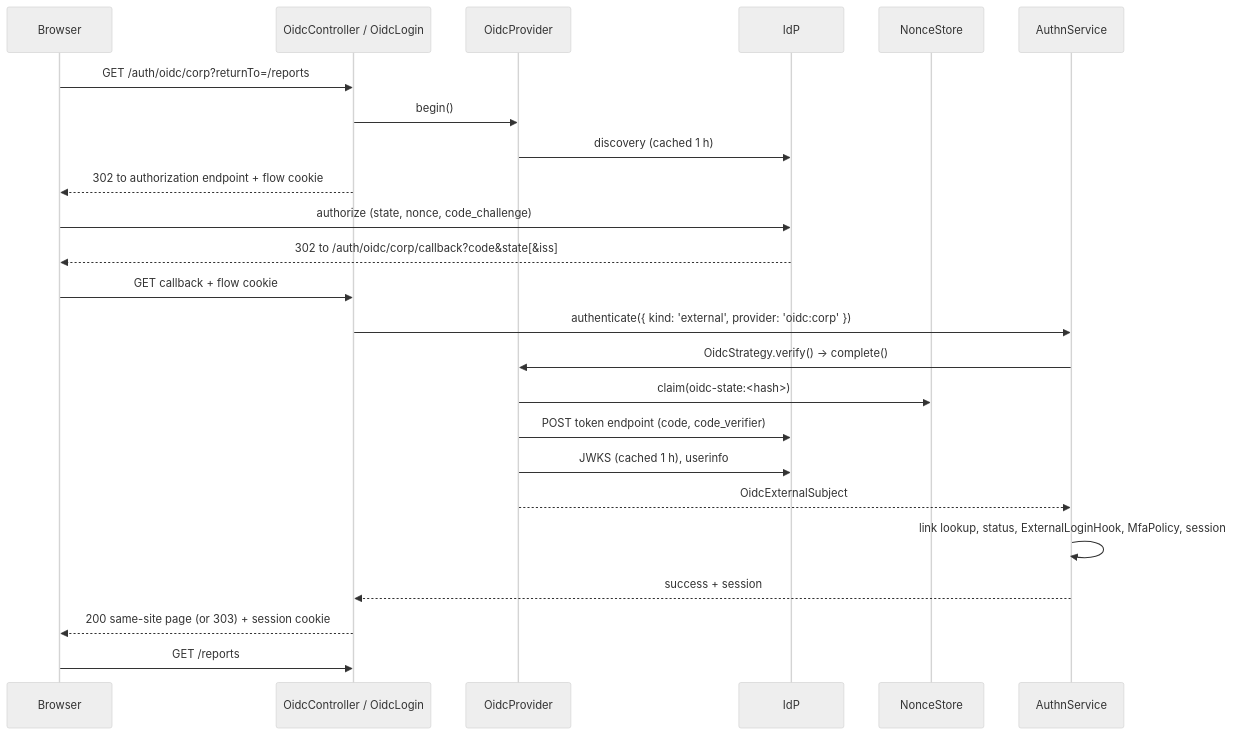
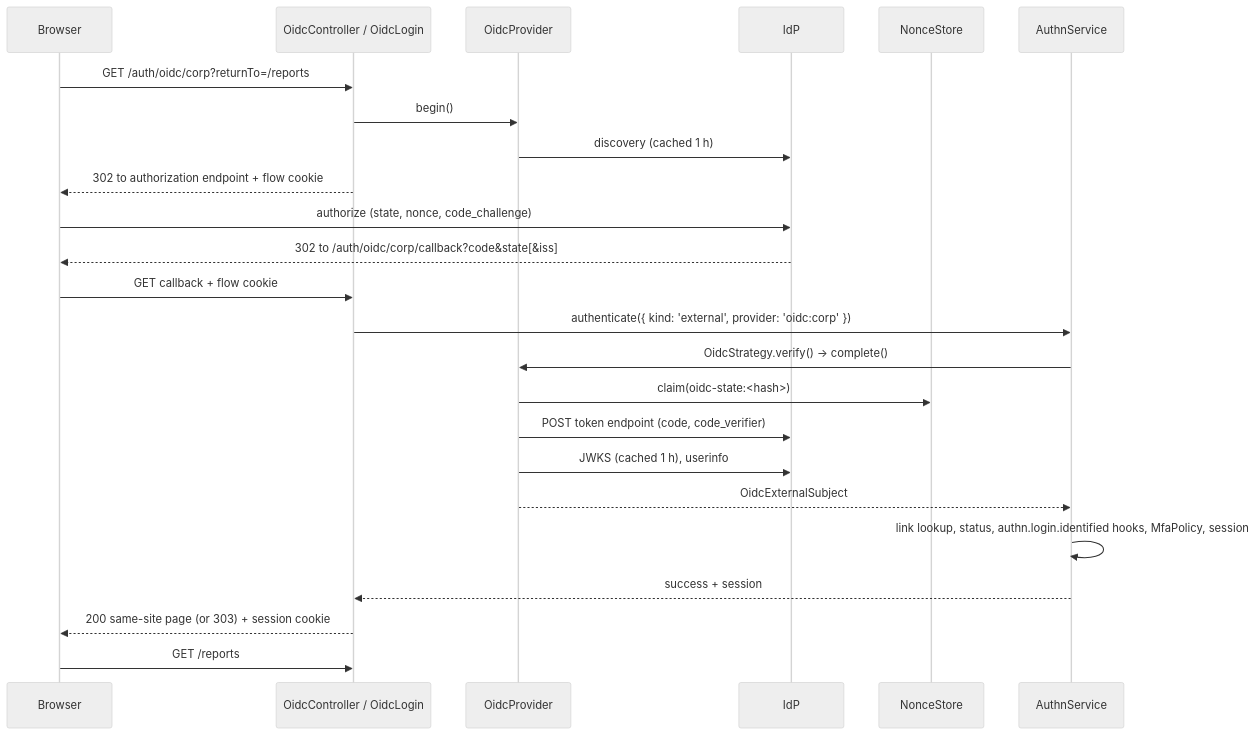
One commit to spinajs/main changed the diagram in docs/authn-oidc/01-login-flow.md. Above: the diagram before and after it, drawn with Mermaid (neutral theme). The commit also changed other lines of this file and 18 other files, not shown here.

First line of the commit message:
docs(authn): action hooks

````diff
--- a/docs/authn-oidc/01-login-flow.md
+++ b/docs/authn-oidc/01-login-flow.md
@@ -40,26 +40,26 @@
 ```mermaid
 sequenceDiagram
   participant B as Browser
   participant C as OidcController / OidcLogin
   participant P as OidcProvider
   participant I as IdP
   participant N as NonceStore
   participant A as AuthnService
   B->>C: GET /auth/oidc/corp?returnTo=/reports
   C->>P: begin()
   P->>I: discovery (cached 1 h)
   C-->>B: 302 to authorization endpoint + flow cookie
   B->>I: authorize (state, nonce, code_challenge)
   I-->>B: 302 to /auth/oidc/corp/callback?code&state[&iss]
   B->>C: GET callback + flow cookie
   C->>A: authenticate({ kind: 'external', provider: 'oidc:corp' })
   A->>P: OidcStrategy.verify() -> complete()
   P->>N: claim(oidc-state:<hash>)
   P->>I: POST token endpoint (code, code_verifier)
   P->>I: JWKS (cached 1 h), userinfo
   P-->>A: OidcExternalSubject
-  A->>A: link lookup, status, ExternalLoginHook, MfaPolicy, session
+  A->>A: link lookup, status, authn.login.identified hooks, MfaPolicy, session
   A-->>C: success + session
   C-->>B: 200 same-site page (or 303) + session cookie
   B->>C: GET /reports
 ```
````
